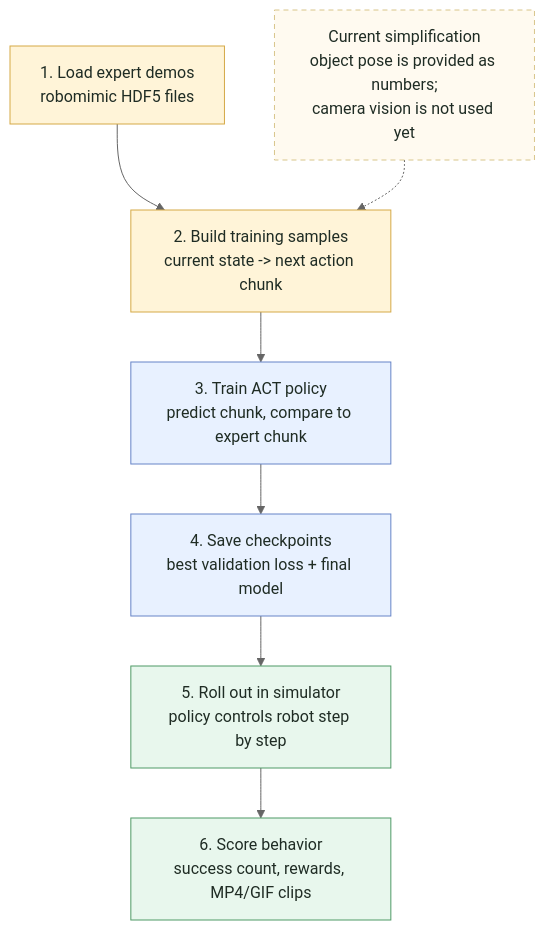
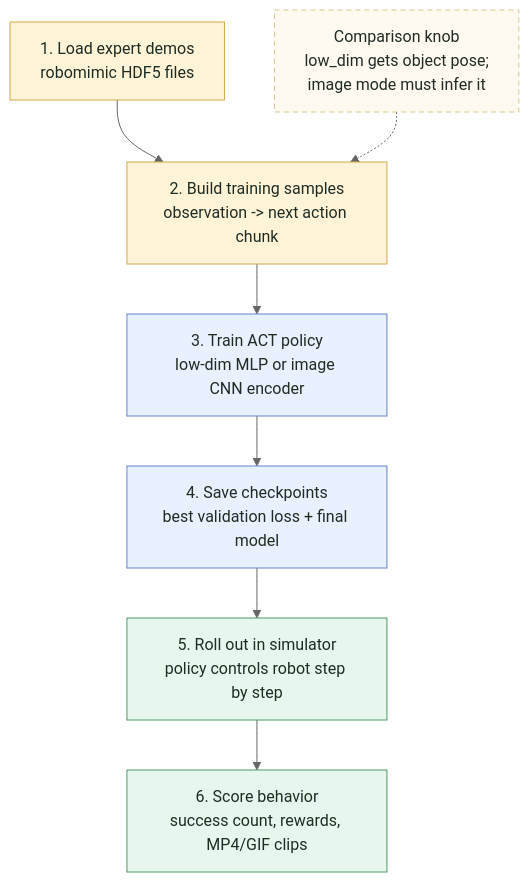
Before and after one commit to danhussey/act_implementation: the first of 2 diagrams in README.md, drawn with Mermaid (neutral theme). The commit also changed other lines of this file and 5 other files, not shown here.

Commit message:
Add vision encoder training mode

````diff
--- a/README.md
+++ b/README.md
@@ -24,23 +27,23 @@
 ```mermaid
 flowchart TD
     demos["1. Load expert demos<br/>robomimic HDF5 files"]
-    samples["2. Build training samples<br/>current state -> next action chunk"]
-    train["3. Train ACT policy<br/>predict chunk, compare to expert chunk"]
+    samples["2. Build training samples<br/>observation -> next action chunk"]
+    train["3. Train ACT policy<br/>low-dim MLP or image CNN encoder"]
     checkpoints["4. Save checkpoints<br/>best validation loss + final model"]
     rollout["5. Roll out in simulator<br/>policy controls robot step by step"]
     score["6. Score behavior<br/>success count, rewards, MP4/GIF clips"]
-    note["Current simplification<br/>object pose is provided as numbers;<br/>camera vision is not used yet"]
+    note["Comparison knob<br/>low_dim gets object pose;<br/>image mode must infer it"]
 
     demos --> samples --> train --> checkpoints --> rollout --> score
     note -.-> samples
 
     classDef data fill:#fff4d8,stroke:#d5a947,color:#1f2c24
     classDef model fill:#e8f1ff,stroke:#6684c7,color:#1f2c24
     classDef eval fill:#e8f7ed,stroke:#4f9a66,color:#1f2c24
     classDef callout fill:#fffaf0,stroke:#d8c58a,color:#1f2c24,stroke-dasharray:5 4
 
     class demos,samples data
     class train,checkpoints model
     class rollout,score eval
     class note callout
 ```
````
